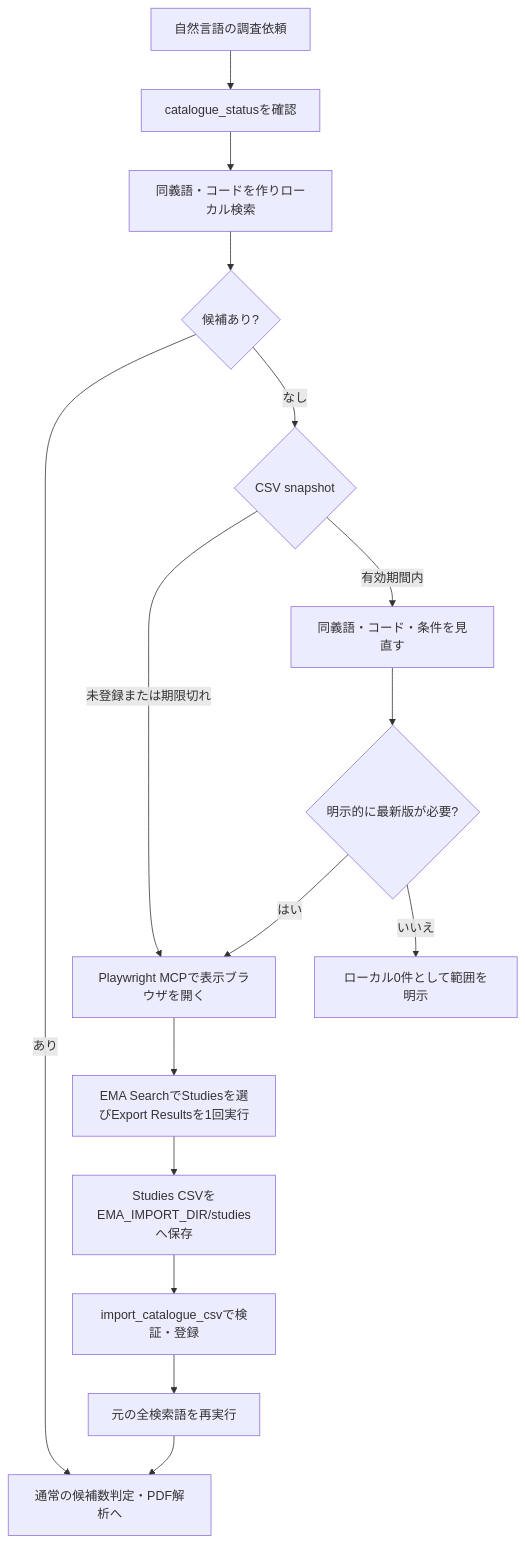
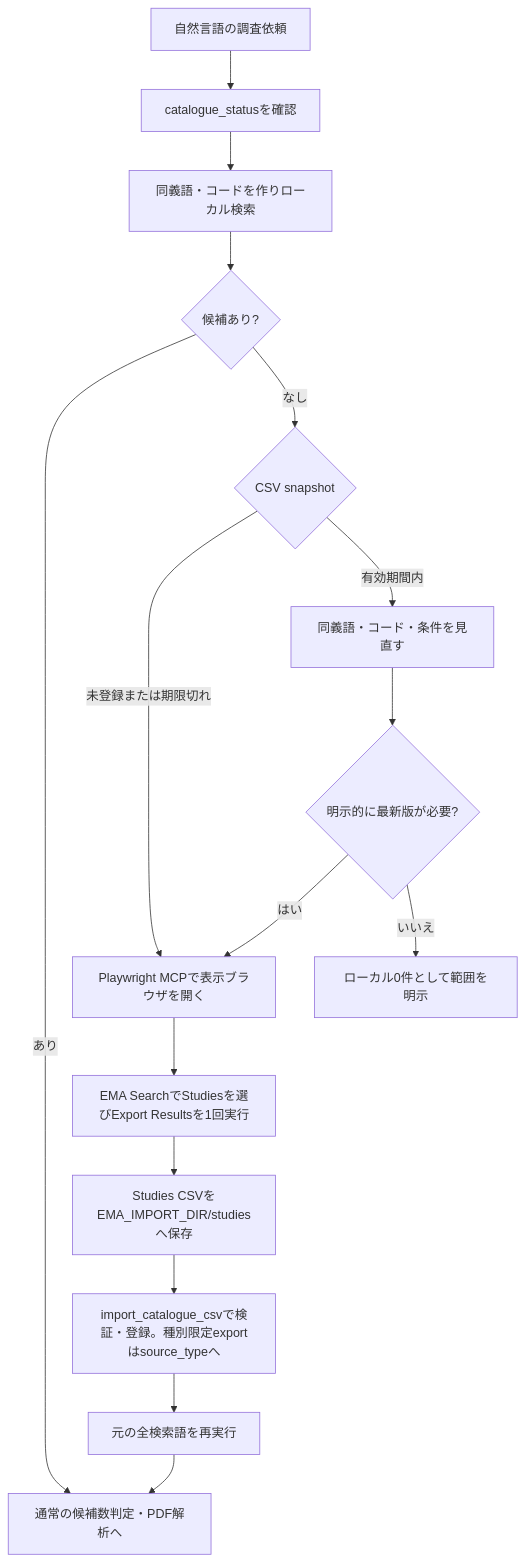
Before and after one commit to parfait0707/ema-rwe-mcp: the second of 2 diagrams in README.md, drawn with Mermaid. The commit also changed other lines of this file and 3 other files, not shown here.

````diff
--- a/README.md
+++ b/README.md
@@ -72,18 +77,18 @@
 ```mermaid
 flowchart TD
     A[自然言語の調査依頼] --> B[catalogue_statusを確認]
     B --> C[同義語・コードを作りローカル検索]
     C --> D{候補あり?}
     D -->|あり| E[通常の候補数判定・PDF解析へ]
     D -->|なし| F{CSV snapshot}
     F -->|未登録または期限切れ| G[Playwright MCPで表示ブラウザを開く]
     G --> H[EMA SearchでStudiesを選びExport Resultsを1回実行]
     H --> I[Studies CSVをEMA_IMPORT_DIR/studiesへ保存]
-    I --> J[import_catalogue_csvで検証・登録]
+    I --> J[import_catalogue_csvで検証・登録。種別限定exportはsource_typeへ]
     J --> K[元の全検索語を再実行]
     K --> E
     F -->|有効期間内| L[同義語・コード・条件を見直す]
     L --> M{明示的に最新版が必要?}
     M -->|はい| G
     M -->|いいえ| N[ローカル0件として範囲を明示]
 ```
````
